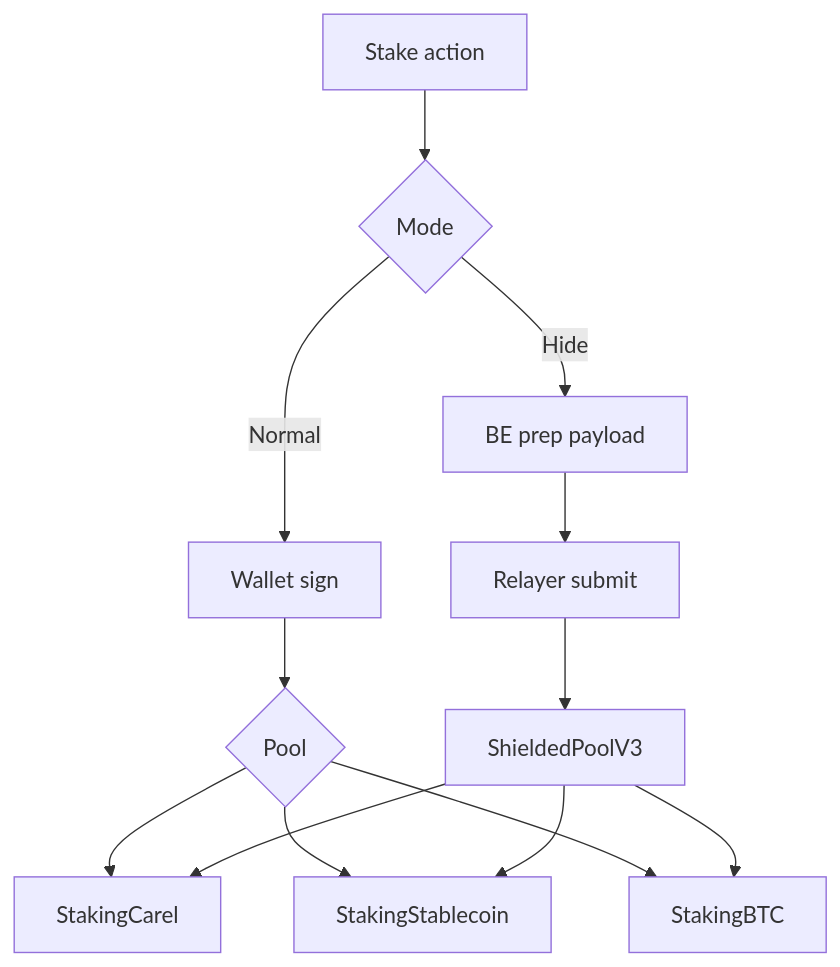
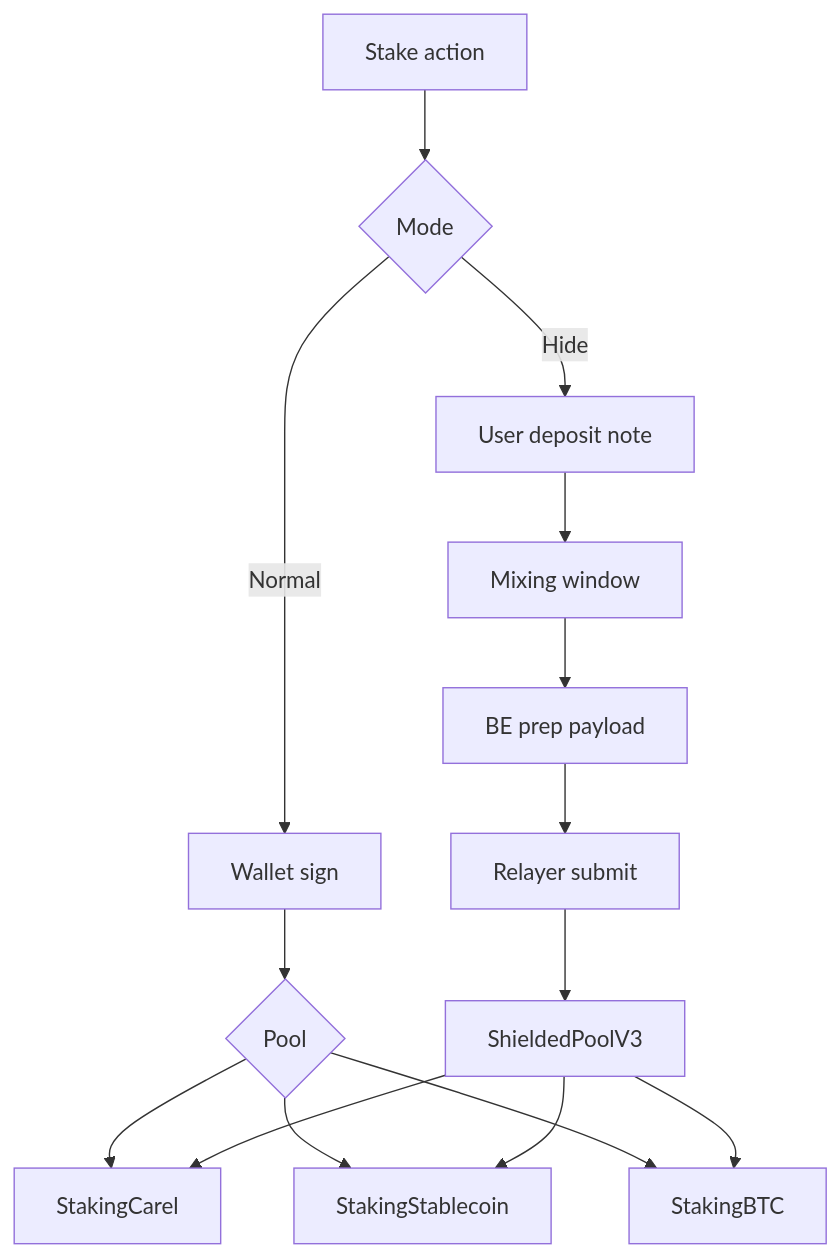
One commit to ntfound-dev/zkcarel_protocol changed the fifth of 6 diagrams in README.md. Above: the diagram before and after it, drawn with Mermaid. The commit also changed other lines of this file and 1 other file, not shown here.

Commit message:
docs: align mode flow with note and rewards behavior

````diff
--- a/README.md
+++ b/README.md
@@ -202,16 +208,18 @@
 ```mermaid
 flowchart TD
   A[Stake action] --> B{Mode}
   B -->|Normal| N1[Wallet sign]
   N1 --> P1{Pool}
   P1 --> S1[StakingCarel]
   P1 --> S2[StakingStablecoin]
   P1 --> S3[StakingBTC]
 
-  B -->|Hide| H1[BE prep payload]
-  H1 --> H2[Relayer submit]
-  H2 --> H3[ShieldedPoolV3]
-  H3 --> S1
-  H3 --> S2
-  H3 --> S3
+  B -->|Hide| H1[User deposit note]
+  H1 --> H2[Mixing window]
+  H2 --> H3[BE prep payload]
+  H3 --> H4[Relayer submit]
+  H4 --> H5[ShieldedPoolV3]
+  H5 --> S1
+  H5 --> S2
+  H5 --> S3
 ```
````
